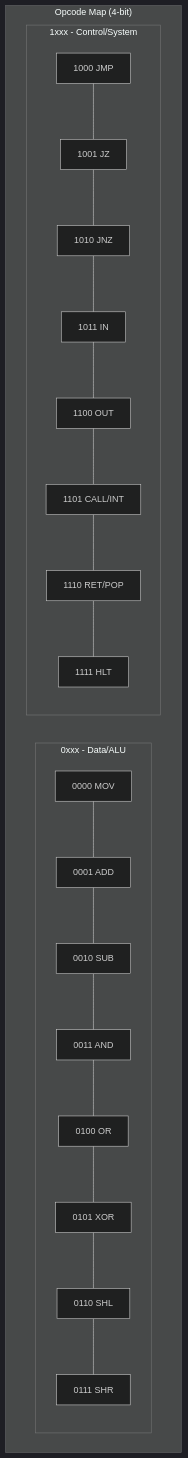
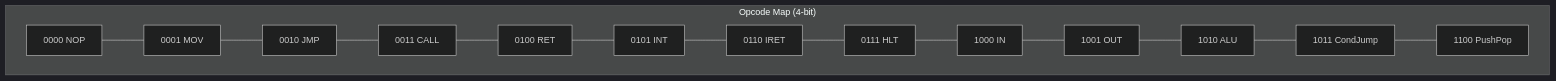
One commit to MinecAnton209/NovumOS-16bit changed the fourth of 9 diagrams in docs/en/isa/instruction-encoding.md. Above: the diagram before and after it, drawn with Mermaid (dark theme). The commit also changed other lines of this file and 20 other files, not shown here.

````diff
--- a/docs/en/isa/instruction-encoding.md
+++ b/docs/en/isa/instruction-encoding.md
@@ -191,24 +219,18 @@
 ```mermaid
 flowchart TD
     subgraph "Opcode Map (4-bit)"
         direction LR
-        subgraph "0xxx - Data/ALU"
-            OP0["0000 MOV"] --- OP1["0001 ADD"]
-            OP1 --- OP2["0010 SUB"]
-            OP2 --- OP3["0011 AND"]
-            OP3 --- OP4["0100 OR"]
-            OP4 --- OP5["0101 XOR"]
-            OP5 --- OP6["0110 SHL"]
-            OP6 --- OP7["0111 SHR"]
-        end
-        subgraph "1xxx - Control/System"
-            OP8["1000 JMP"] --- OP9["1001 JZ"]
-            OP9 --- OPA["1010 JNZ"]
-            OPA --- OPB["1011 IN"]
-            OPB --- OPC["1100 OUT"]
-            OPC --- OPD["1101 CALL/INT"]
-            OPD --- OPE["1110 RET/POP"]
-            OPE --- OPF["1111 HLT"]
-        end
+        OP0["0000 NOP"] --- OP1["0001 MOV"]
+        OP1 --- OP2["0010 JMP"]
+        OP2 --- OP3["0011 CALL"]
+        OP3 --- OP4["0100 RET"]
+        OP4 --- OP5["0101 INT"]
+        OP5 --- OP6["0110 IRET"]
+        OP6 --- OP7["0111 HLT"]
+        OP7 --- OP8["1000 IN"]
+        OP8 --- OP9["1001 OUT"]
+        OP9 --- OPA["1010 ALU"]
+        OPA --- OPB["1011 CondJump"]
+        OPB --- OPC["1100 PushPop"]
     end
 ```
````
